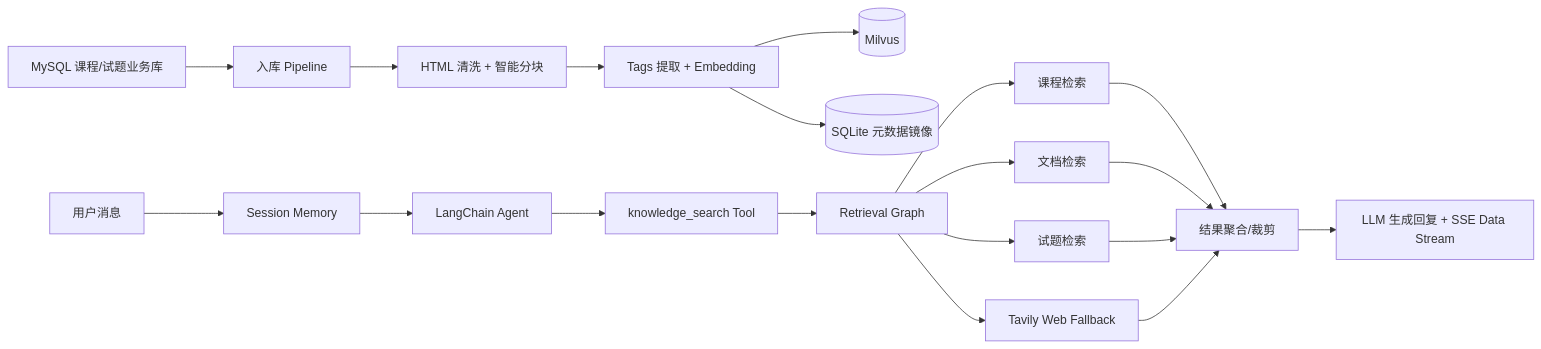
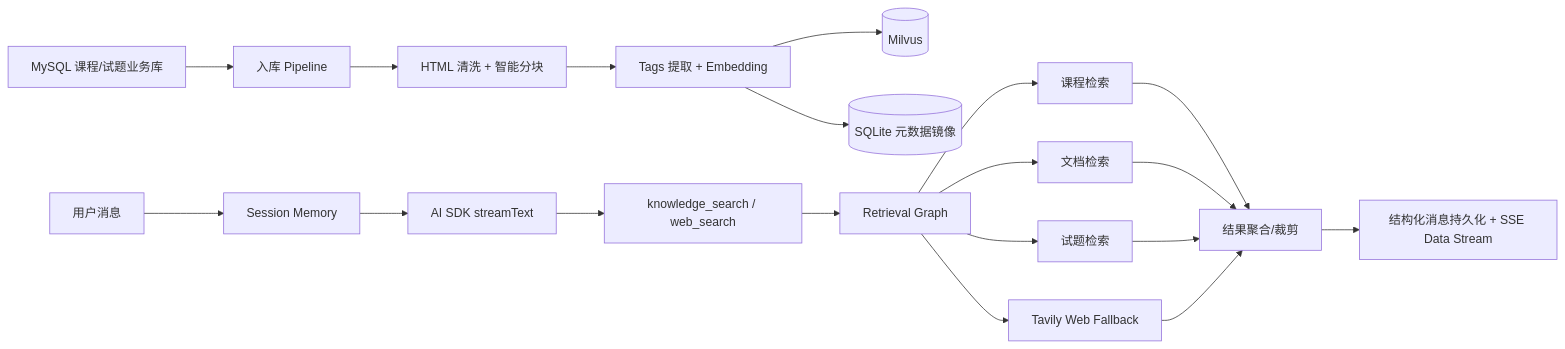
One commit to skyzfdance/rag-agent changed the diagram in README.md. Above: the diagram before and after it, drawn with Mermaid. The commit also changed other lines of this file, not shown here.

````diff
--- a/README.md
+++ b/README.md
@@ -33,21 +33,21 @@
 ```mermaid
 graph LR
     A[MySQL 课程/试题业务库] --> B[入库 Pipeline]
     B --> C[HTML 清洗 + 智能分块]
     C --> D[Tags 提取 + Embedding]
     D --> E[(Milvus)]
     D --> F[(SQLite 元数据镜像)]
     G[用户消息] --> H[Session Memory]
-    H --> I[LangChain Agent]
-    I --> J[knowledge_search Tool]
+    H --> I[AI SDK streamText]
+    I --> J[knowledge_search / web_search]
     J --> K[Retrieval Graph]
     K --> L[课程检索]
     K --> M[文档检索]
     K --> N[试题检索]
     K --> O[Tavily Web Fallback]
     L --> P[结果聚合/裁剪]
     M --> P
     N --> P
     O --> P
-    P --> Q[LLM 生成回复 + SSE Data Stream]
+    P --> Q[结构化消息持久化 + SSE Data Stream]
 ```
````
